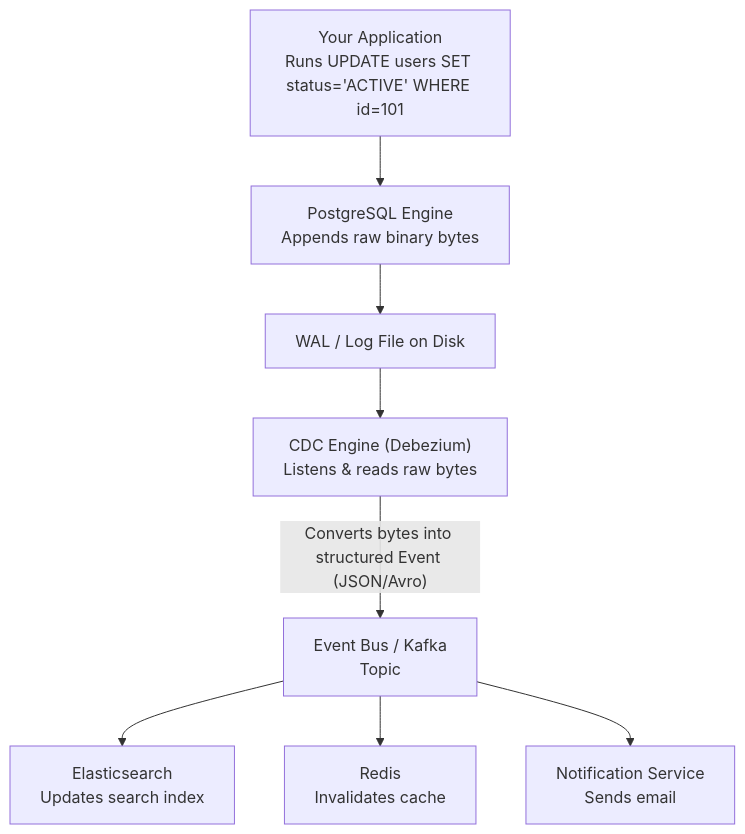
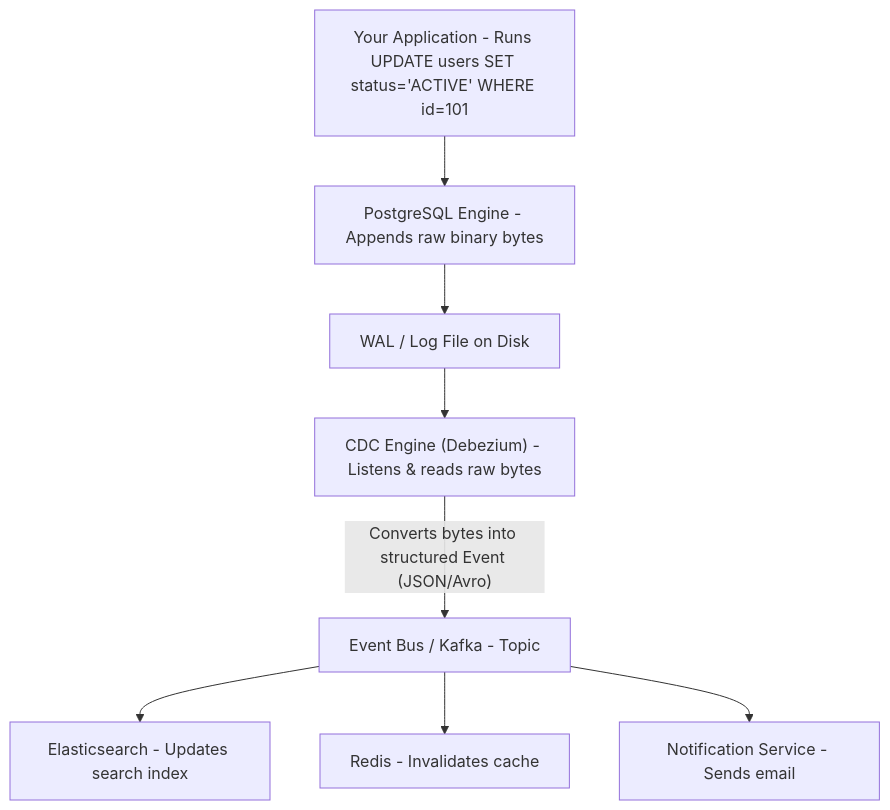
Before and after one commit to Chandra179/atlas: the eighth of 8 diagrams in blog/astro/src/content/docs/change-data-capture.md, drawn with Mermaid. The commit also changed other lines of this file and 1 other file, not shown here.

````diff
--- a/blog/astro/src/content/docs/change-data-capture.md
+++ b/blog/astro/src/content/docs/change-data-capture.md
@@ -231,10 +231,10 @@
 ```mermaid
 flowchart TD
-  App["Your Application<br/>Runs UPDATE users SET status='ACTIVE' WHERE id=101"] --> Pg["PostgreSQL Engine<br/>Appends raw binary bytes"]
+  App["Your Application - Runs UPDATE users SET status='ACTIVE' WHERE id=101"] --> Pg["PostgreSQL Engine - Appends raw binary bytes"]
   Pg --> WAL["WAL / Log File on Disk"]
-  WAL --> CDC["CDC Engine (Debezium)<br/>Listens & reads raw bytes"]
-  CDC -->|"Converts bytes into structured Event (JSON/Avro)"| Bus["Event Bus / Kafka<br/>Topic"]
-  Bus --> Es["Elasticsearch<br/>Updates search index"]
-  Bus --> Redis["Redis<br/>Invalidates cache"]
-  Bus --> Notif["Notification Service<br/>Sends email"]
+  WAL --> CDC["CDC Engine (Debezium) - Listens & reads raw bytes"]
+  CDC -->|"Converts bytes into structured Event (JSON/Avro)"| Bus["Event Bus / Kafka - Topic"]
+  Bus --> Es["Elasticsearch - Updates search index"]
+  Bus --> Redis["Redis - Invalidates cache"]
+  Bus --> Notif["Notification Service - Sends email"]
 ```
````
